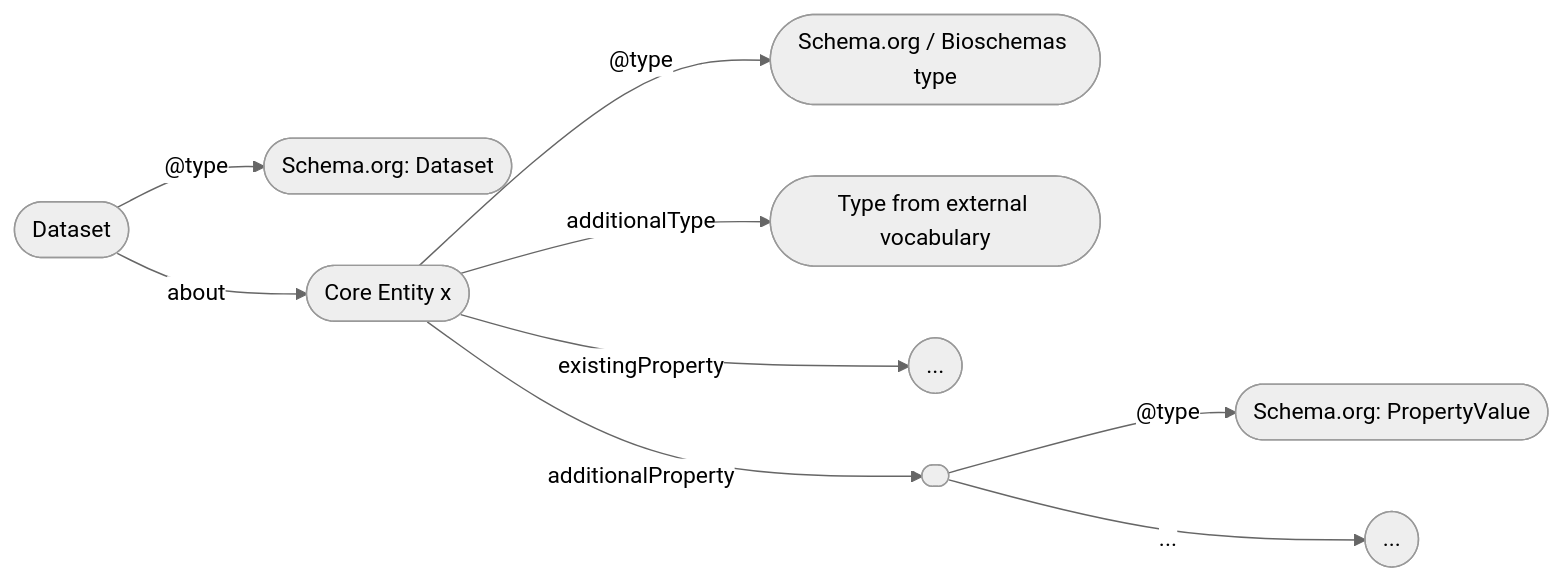
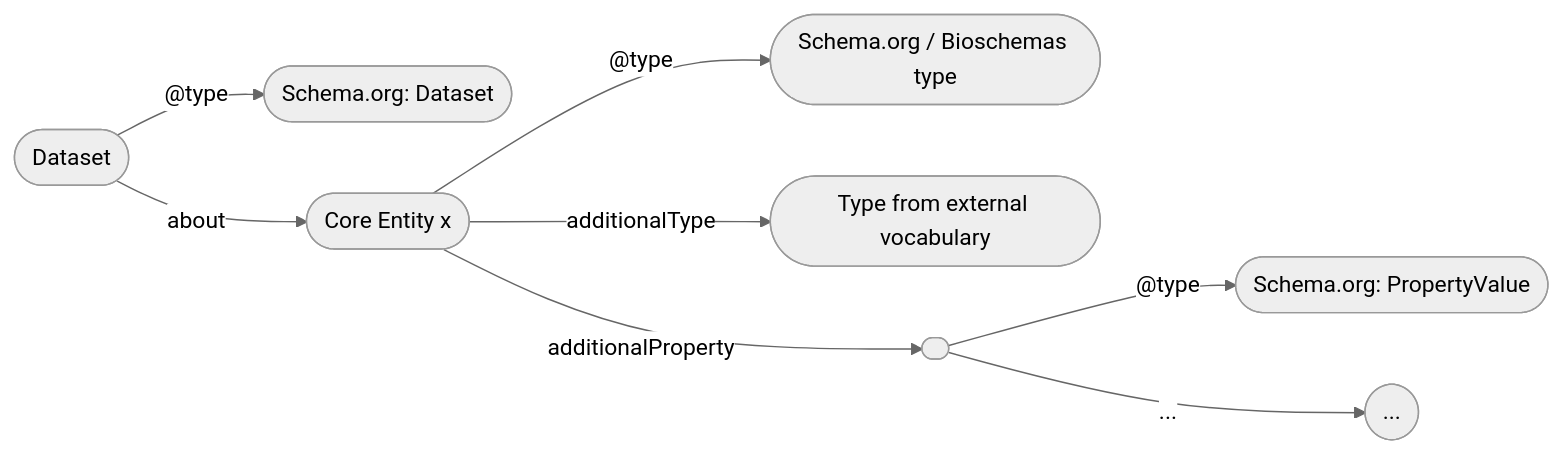
One commit to fairagro/agri-wg-bioschemas changed the first of 2 diagrams in Tutorial/agrischemas_tutorial_draft.md. Above: the diagram before and after it, drawn with Mermaid (neutral theme). The commit also changed other lines of this file, not shown here.

````diff
--- a/Tutorial/agrischemas_tutorial_draft.md
+++ b/Tutorial/agrischemas_tutorial_draft.md
@@ -47,11 +22,10 @@
 ```mermaid
 	flowchart LR;
 	A(["Dataset"]) --"@type"-->B(["Schema.org: Dataset"])
 	A(["Dataset"])--"about"-->C(["Core Entity"])
 	C(["Core Entity x"]) --"@type"-->D(["Schema.org / Bioschemas type"])
 	C(["Core Entity x"]) --"additionalType"-->E(["Type from external vocabulary"])
-	C(["Core Entity x"]) --"existingProperty"-->F(["..."])
 	C(["Core Entity x"]) --"additionalProperty"-->G([" "])
 	G([" "])--"@type"-->H(["Schema.org: PropertyValue"])
 	G([" "])--... -->I(["..."])
 ```
````
